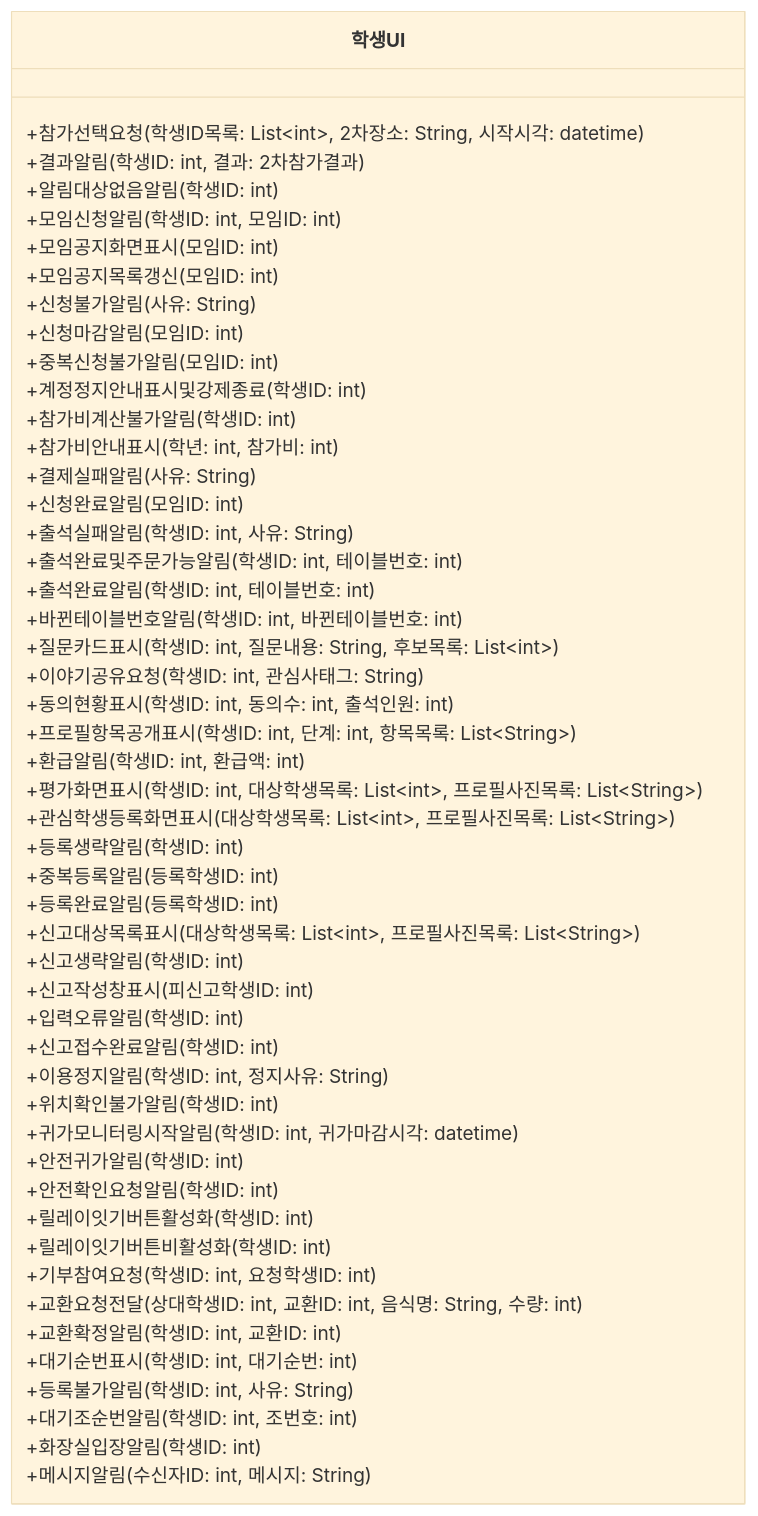
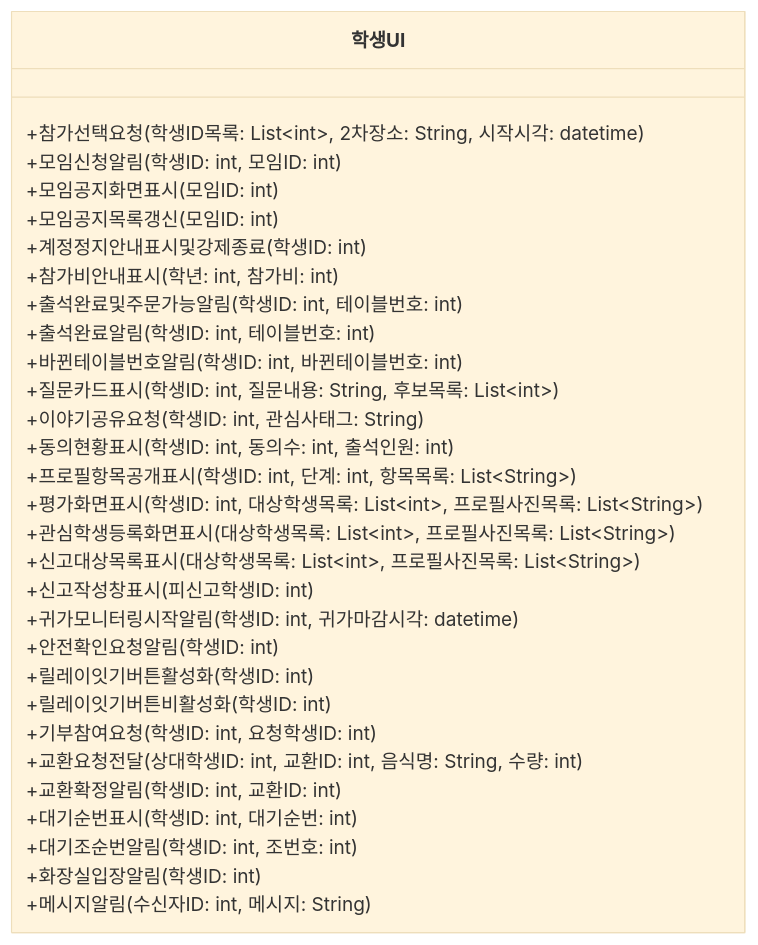
One commit to hojae3/sw-engineering-16 changed diagram 11 of 12 in class-diagram/class-diagram.md. Above: the diagram before and after it, drawn with Mermaid (base theme). The commit also changed other lines of this file and 19 other files, not shown here.

````diff
--- a/class-diagram/class-diagram.md
+++ b/class-diagram/class-diagram.md
@@ -843,54 +836,34 @@
 ```mermaid
 classDiagram
     direction LR
     class StudentUI["학생UI"] {
         +참가선택요청(학생ID목록: List~int~, 2차장소: String, 시작시각: datetime)
-        +결과알림(학생ID: int, 결과: 2차참가결과)
-        +알림대상없음알림(학생ID: int)
         +모임신청알림(학생ID: int, 모임ID: int)
         +모임공지화면표시(모임ID: int)
         +모임공지목록갱신(모임ID: int)
-        +신청불가알림(사유: String)
-        +신청마감알림(모임ID: int)
-        +중복신청불가알림(모임ID: int)
         +계정정지안내표시및강제종료(학생ID: int)
-        +참가비계산불가알림(학생ID: int)
         +참가비안내표시(학년: int, 참가비: int)
-        +결제실패알림(사유: String)
-        +신청완료알림(모임ID: int)
-        +출석실패알림(학생ID: int, 사유: String)
         +출석완료및주문가능알림(학생ID: int, 테이블번호: int)
         +출석완료알림(학생ID: int, 테이블번호: int)
         +바뀐테이블번호알림(학생ID: int, 바뀐테이블번호: int)
         +질문카드표시(학생ID: int, 질문내용: String, 후보목록: List~int~)
         +이야기공유요청(학생ID: int, 관심사태그: String)
         +동의현황표시(학생ID: int, 동의수: int, 출석인원: int)
         +프로필항목공개표시(학생ID: int, 단계: int, 항목목록: List~String~)
-        +환급알림(학생ID: int, 환급액: int)
         +평가화면표시(학생ID: int, 대상학생목록: List~int~, 프로필사진목록: List~String~)
         +관심학생등록화면표시(대상학생목록: List~int~, 프로필사진목록: List~String~)
-        +등록생략알림(학생ID: int)
-        +중복등록알림(등록학생ID: int)
-        +등록완료알림(등록학생ID: int)
         +신고대상목록표시(대상학생목록: List~int~, 프로필사진목록: List~String~)
-        +신고생략알림(학생ID: int)
         +신고작성창표시(피신고학생ID: int)
-        +입력오류알림(학생ID: int)
-        +신고접수완료알림(학생ID: int)
-        +이용정지알림(학생ID: int, 정지사유: String)
-        +위치확인불가알림(학생ID: int)
         +귀가모니터링시작알림(학생ID: int, 귀가마감시각: datetime)
-        +안전귀가알림(학생ID: int)
         +안전확인요청알림(학생ID: int)
         +릴레이잇기버튼활성화(학생ID: int)
         +릴레이잇기버튼비활성화(학생ID: int)
         +기부참여요청(학생ID: int, 요청학생ID: int)
         +교환요청전달(상대학생ID: int, 교환ID: int, 음식명: String, 수량: int)
         +교환확정알림(학생ID: int, 교환ID: int)
         +대기순번표시(학생ID: int, 대기순번: int)
-        +등록불가알림(학생ID: int, 사유: String)
         +대기조순번알림(학생ID: int, 조번호: int)
         +화장실입장알림(학생ID: int)
         +메시지알림(수신자ID: int, 메시지: String)
     }
 ```
````
